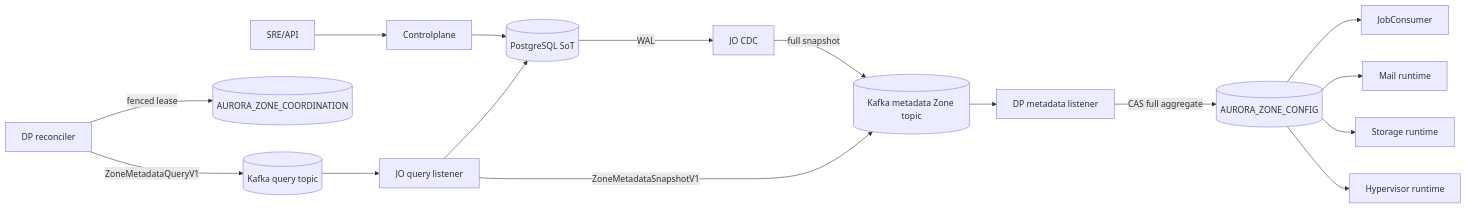
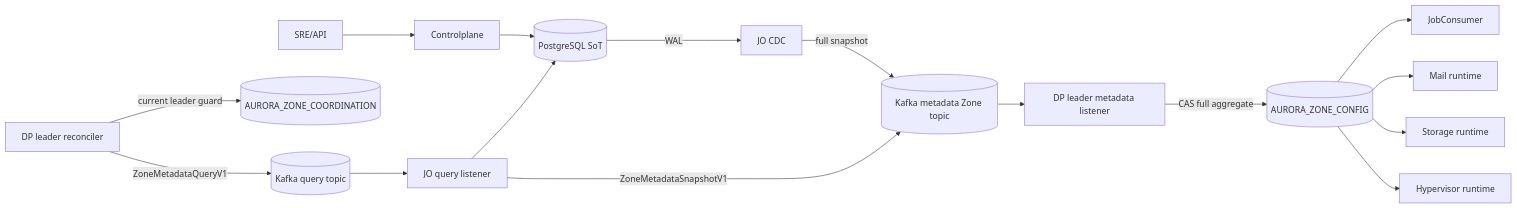
The first of 3 diagrams in god_view/hierarchy/zone_metadata_sync_and_state_machine_god_view.md (phucle996/aurora), drawn with Mermaid before and after one commit. The commit also changed other lines of this file and 69 other files, not shown here.

Commit message:
feat: replace zone gateway with leader module to handle metadata synchronization and health monitoring

````diff
--- a/god_view/hierarchy/zone_metadata_sync_and_state_machine_god_view.md
+++ b/god_view/hierarchy/zone_metadata_sync_and_state_machine_god_view.md
@@ -23,20 +23,20 @@
 ```mermaid
 flowchart LR
     SRE[SRE/API] --> CP[Controlplane]
     CP --> PG[(PostgreSQL SoT)]
     PG -->|WAL| JO[JO CDC]
     JO -->|full snapshot| KT[(Kafka metadata Zone topic)]
-    KT --> DPL[DP metadata listener]
+    KT --> DPL[DP leader metadata listener]
     DPL -->|CAS full aggregate| CFG[(AURORA_ZONE_CONFIG)]
 
-    DPR[DP reconciler] -->|fenced lease| COORD[(AURORA_ZONE_COORDINATION)]
+    DPR[DP leader reconciler] -->|current leader guard| COORD[(AURORA_ZONE_COORDINATION)]
     DPR -->|ZoneMetadataQueryV1| KQ[(Kafka query topic)]
     KQ --> JOQ[JO query listener]
     JOQ --> PG
     JOQ -->|ZoneMetadataSnapshotV1| KT
 
     CFG --> JC[JobConsumer]
     CFG --> MM[Mail runtime]
     CFG --> SM[Storage runtime]
     CFG --> HM[Hypervisor runtime]
 ```
````
